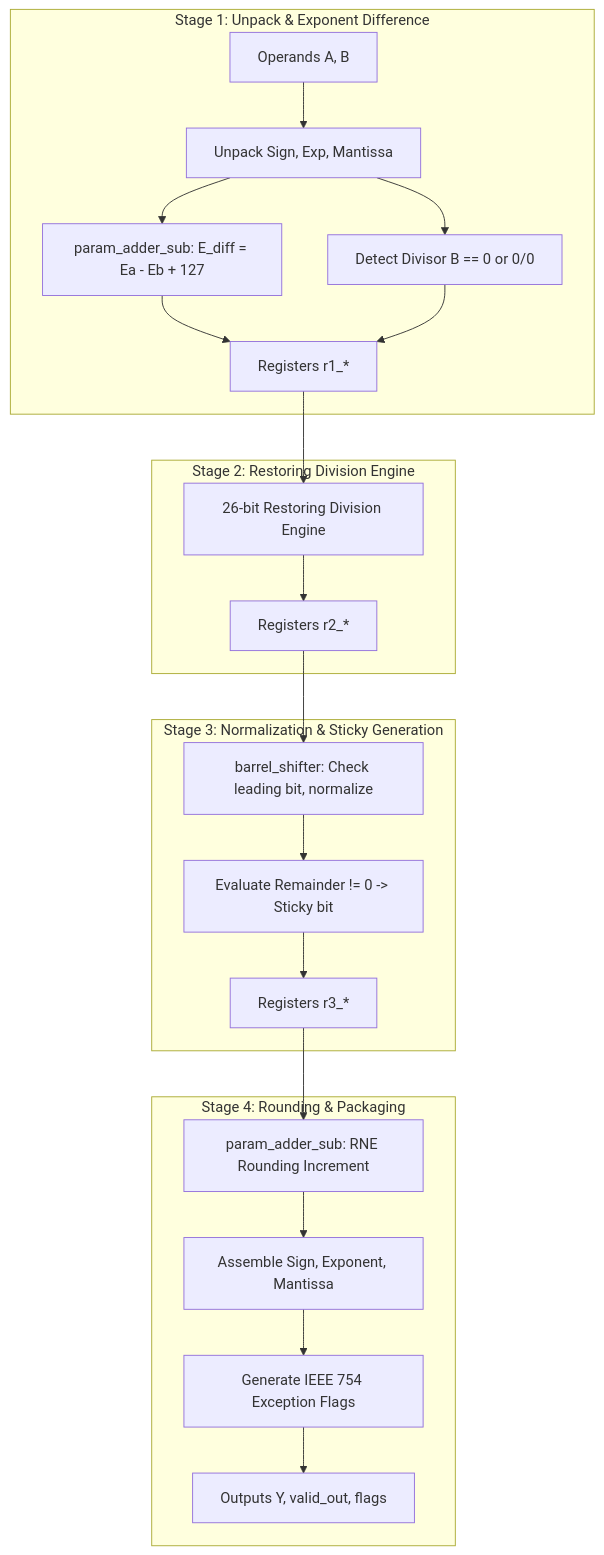
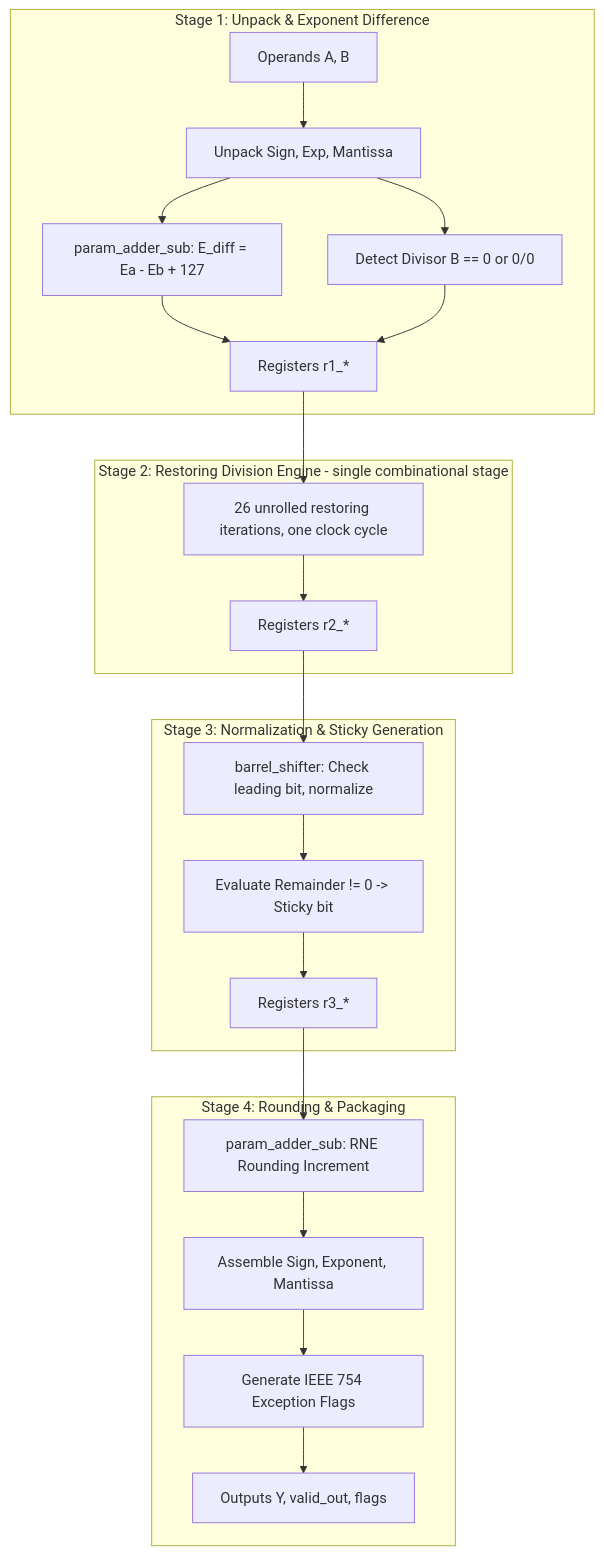
The diagram in documantation/module_FPU_division.md (priyanshu029jain/FPU), drawn with Mermaid before and after one commit. The commit also changed other lines of this file and 19 other files, not shown here.

````diff
--- a/documantation/module_FPU_division.md
+++ b/documantation/module_FPU_division.md
@@ -65,28 +66,28 @@
 ```mermaid
 graph TD
     subgraph Stage 1: Unpack & Exponent Difference
         In[Operands A, B] --> Unpack[Unpack Sign, Exp, Mantissa]
         Unpack --> ExpDiff[param_adder_sub: E_diff = Ea - Eb + 127]
         Unpack --> Div0[Detect Divisor B == 0 or 0/0]
         ExpDiff --> R1[Registers r1_*]
         Div0 --> R1
     end
 
-    subgraph Stage 2: Restoring Division Engine
-        R1 --> RestoringDiv[26-bit Restoring Division Engine]
+    subgraph Stage 2: Restoring Division Engine - single combinational stage
+        R1 --> RestoringDiv[26 unrolled restoring iterations, one clock cycle]
         RestoringDiv --> R2[Registers r2_*]
     end
 
     subgraph Stage 3: Normalization & Sticky Generation
         R2 --> Norm[barrel_shifter: Check leading bit, normalize]
         Norm --> RemSticky[Evaluate Remainder != 0 -> Sticky bit]
         RemSticky --> R3[Registers r3_*]
     end
 
     subgraph Stage 4: Rounding & Packaging
         R3 --> RNE[param_adder_sub: RNE Rounding Increment]
         RNE --> Pack[Assemble Sign, Exponent, Mantissa]
         Pack --> Flags[Generate IEEE 754 Exception Flags]
         Flags --> Out[Outputs Y, valid_out, flags]
     end
 ```
````
